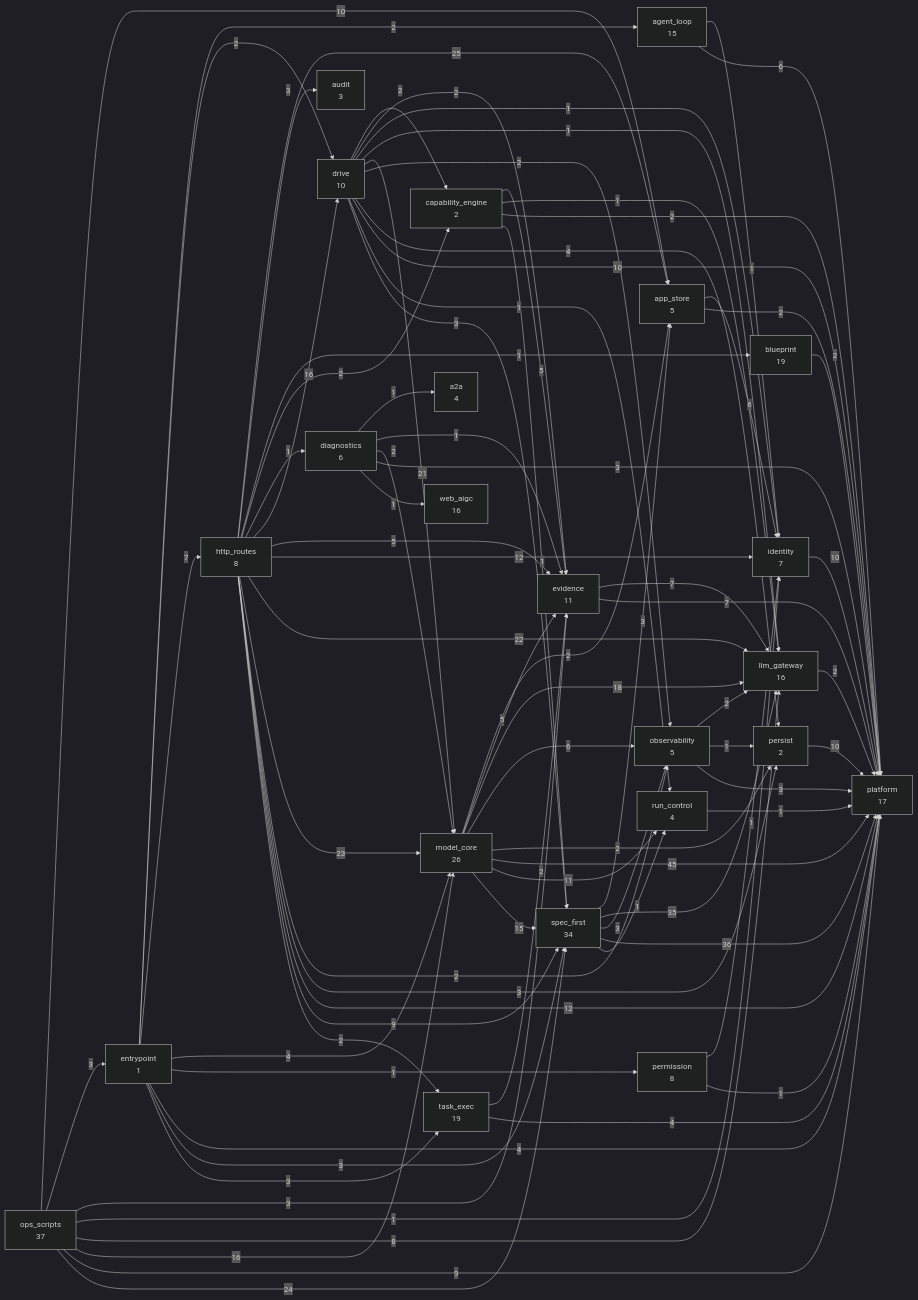
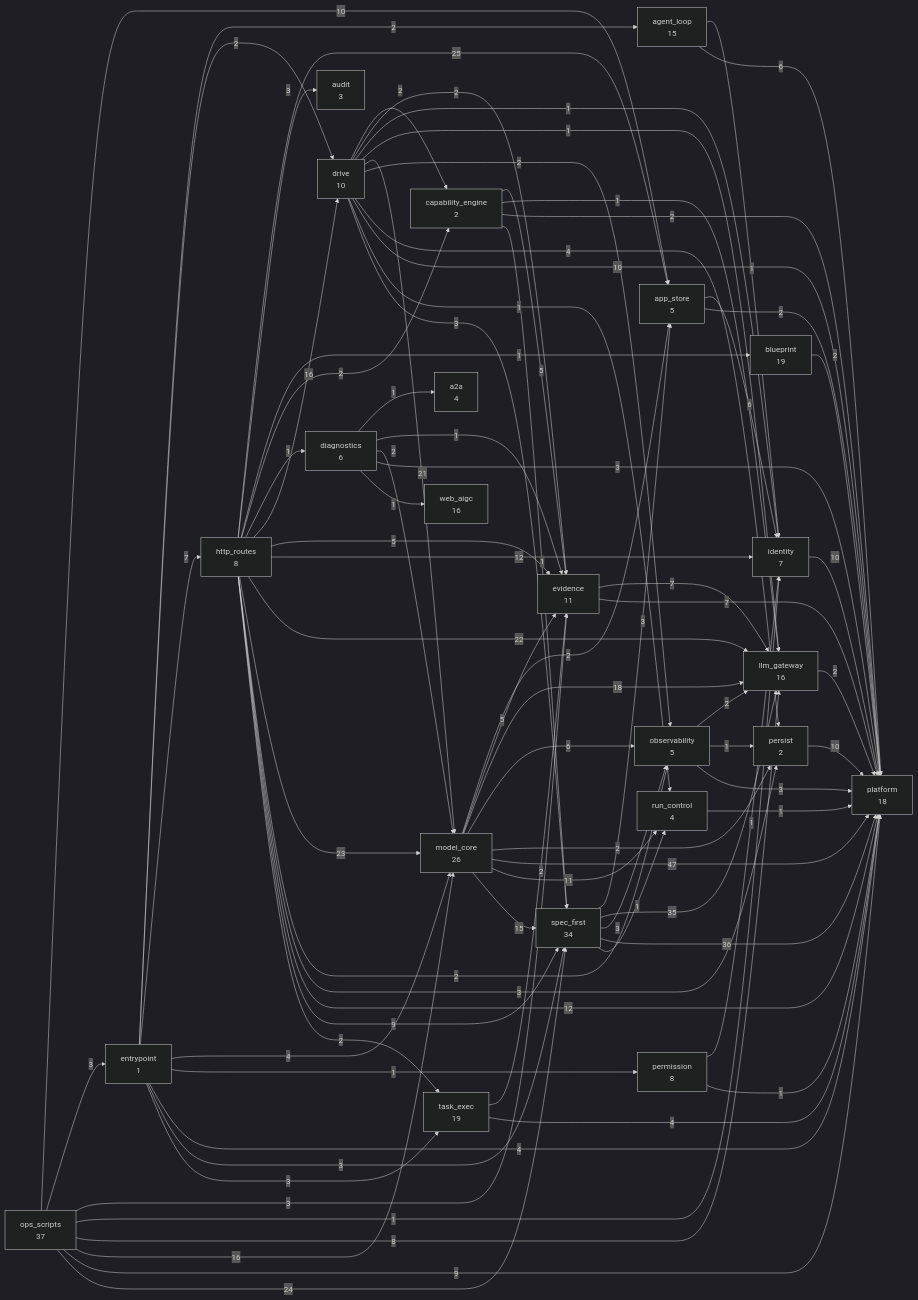
One commit to 2686521696/WhyBuddy changed the second of 2 diagrams in docs/SlideRule V6.2 架构图（自动生成）.md. Above: the diagram before and after it, drawn with Mermaid (dark theme). The commit also changed other lines of this file and 10 other files, not shown here.

```diff
--- a/docs/SlideRule V6.2 架构图（自动生成）.md
+++ b/docs/SlideRule V6.2 架构图（自动生成）.md
@@ -108,7 +108,7 @@
   ops_scripts["ops_scripts<br/>37"]
   permission["permission<br/>8"]
   persist["persist<br/>2"]
-  platform["platform<br/>17"]
+  platform["platform<br/>18"]
   run_control["run_control<br/>4"]
   spec_first["spec_first<br/>34"]
   task_exec["task_exec<br/>19"]
@@ -169,7 +169,7 @@
   model_core -->|18| llm_gateway
   model_core -->|6| observability
   model_core -->|2| persist
-  model_core -->|45| platform
+  model_core -->|47| platform
   model_core -->|11| run_control
   model_core -->|15| spec_first
   observability -->|2| llm_gateway
```
